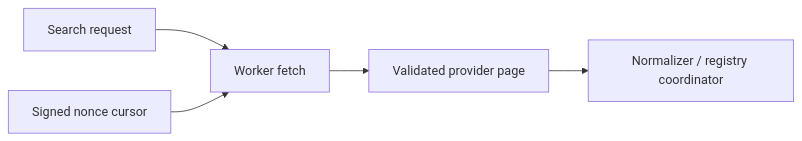
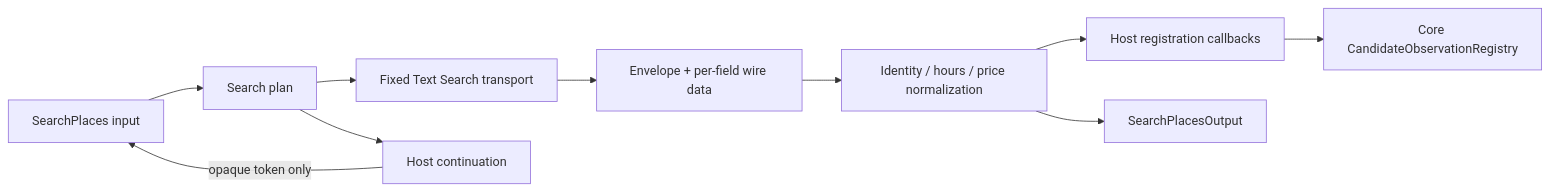
The diagram in docs/design/m11-places-search.md (takapom/ima-app), drawn with Mermaid before and after one commit. The commit also changed other lines of this file and 11 other files, not shown here.

````diff
--- a/docs/design/m11-places-search.md
+++ b/docs/design/m11-places-search.md
@@ -7,7 +8,12 @@
 ```mermaid
 flowchart LR
-  Search[Search request] --> Transport[Worker fetch]
-  Cursor[Signed nonce cursor] --> Transport
-  Transport --> Page[Validated provider page]
-  Page --> Later[Normalizer / registry coordinator]
+  Model[SearchPlaces input] --> Plan[Search plan]
+  Plan --> Transport[Fixed Text Search transport]
+  Transport --> Page[Envelope + per-field wire data]
+  Page --> Normalize[Identity / hours / price normalization]
+  Normalize --> Register[Host registration callbacks]
+  Register --> Core[Core CandidateObservationRegistry]
+  Plan --> Cursor[Host continuation]
+  Cursor -->|opaque token only| Model
+  Normalize --> Output[SearchPlacesOutput]
 ```
````
